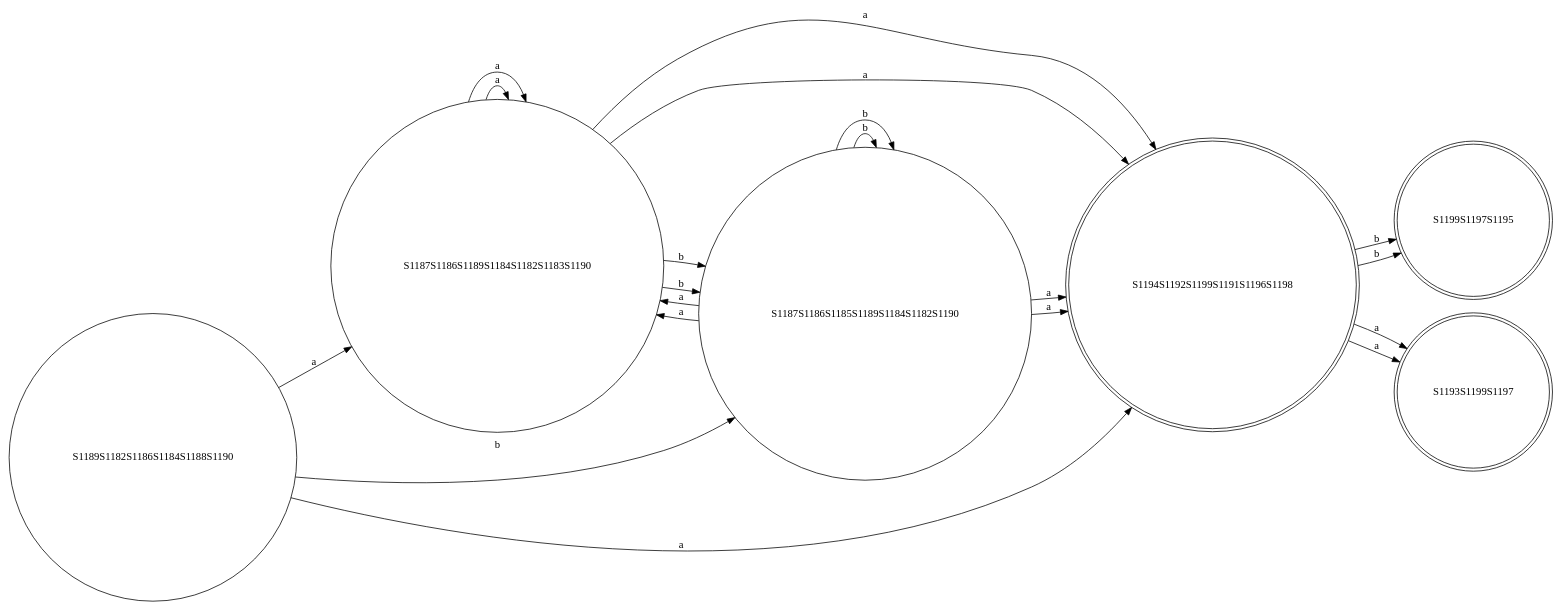
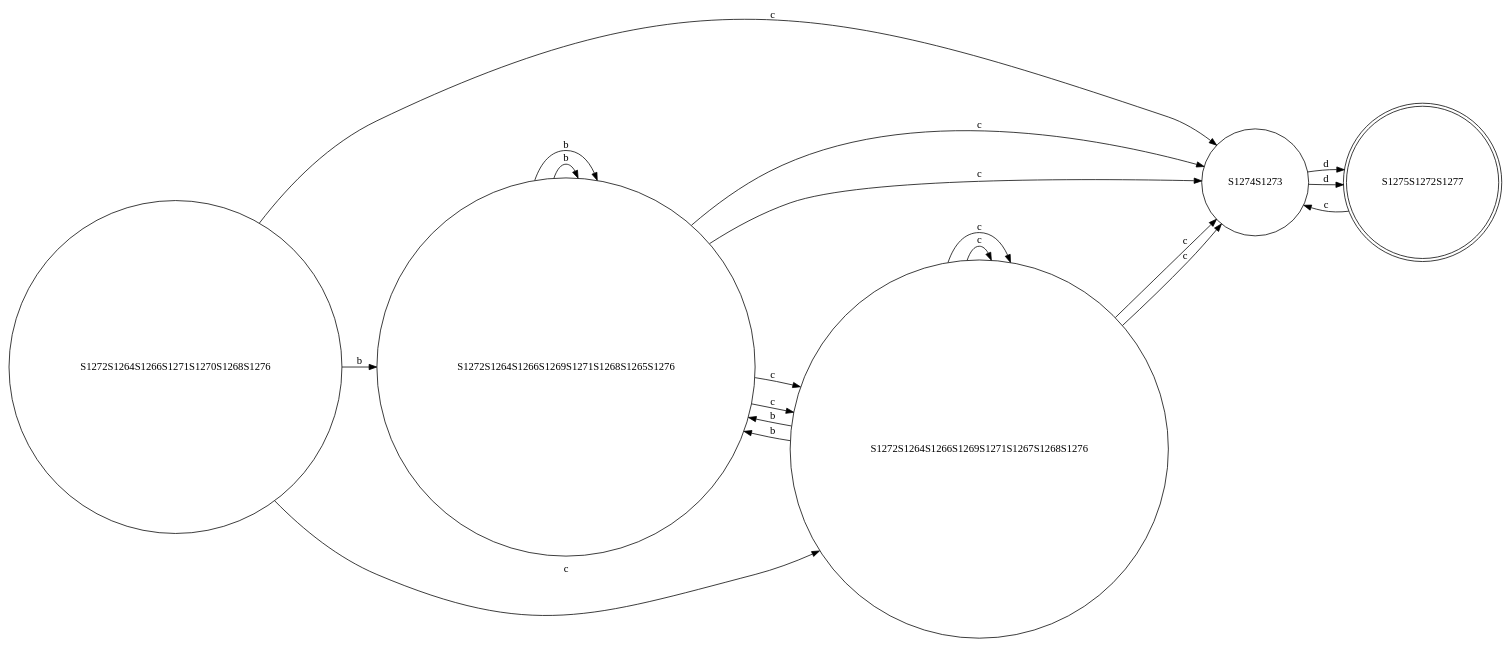
Before and after one commit to abdelazizSalah/RegExp_NFA_DFA_DFAMinimization: the diagram in finalCode/test-output/DFA.gv, drawn with Graphviz. The commit also changed 6 other files, not shown here.

```diff
--- a/finalCode/test-output/DFA.gv
+++ b/finalCode/test-output/DFA.gv
@@ -1,32 +1,30 @@
 // DFA graph
 digraph {
 	graph [rankdir=LR]
-	S1189S1182S1186S1184S1188S1190 [label=S1189S1182S1186S1184S1188S1190 shape=circle]
-	S1189S1182S1186S1184S1188S1190 -> S1187S1186S1189S1184S1182S1183S1190 [label=a]
-	S1189S1182S1186S1184S1188S1190 -> S1187S1186S1185S1189S1184S1182S1190 [label=b]
-	S1189S1182S1186S1184S1188S1190 -> S1194S1192S1199S1191S1196S1198 [label=a]
-	S1187S1186S1189S1184S1182S1183S1190 [label=S1187S1186S1189S1184S1182S1183S1190 shape=circle]
-	S1187S1186S1189S1184S1182S1183S1190 -> S1187S1186S1185S1189S1184S1182S1190 [label=b]
-	S1187S1186S1189S1184S1182S1183S1190 -> S1187S1186S1189S1184S1182S1183S1190 [label=a]
-	S1187S1186S1189S1184S1182S1183S1190 -> S1194S1192S1199S1191S1196S1198 [label=a]
-	S1187S1186S1185S1189S1184S1182S1190 [label=S1187S1186S1185S1189S1184S1182S1190 shape=circle]
-	S1187S1186S1185S1189S1184S1182S1190 -> S1187S1186S1185S1189S1184S1182S1190 [label=b]
-	S1187S1186S1185S1189S1184S1182S1190 -> S1187S1186S1189S1184S1182S1183S1190 [label=a]
-	S1187S1186S1185S1189S1184S1182S1190 -> S1194S1192S1199S1191S1196S1198 [label=a]
-	S1194S1192S1199S1191S1196S1198 [label=S1194S1192S1199S1191S1196S1198 shape=doublecircle]
-	S1194S1192S1199S1191S1196S1198 -> S1199S1197S1195 [label=b]
-	S1194S1192S1199S1191S1196S1198 -> S1193S1199S1197 [label=a]
-	S1187S1186S1185S1189S1184S1182S1190 [label=S1187S1186S1185S1189S1184S1182S1190 shape=circle]
-	S1187S1186S1185S1189S1184S1182S1190 -> S1187S1186S1185S1189S1184S1182S1190 [label=b]
-	S1187S1186S1185S1189S1184S1182S1190 -> S1187S1186S1189S1184S1182S1183S1190 [label=a]
-	S1187S1186S1185S1189S1184S1182S1190 -> S1194S1192S1199S1191S1196S1198 [label=a]
-	S1187S1186S1189S1184S1182S1183S1190 [label=S1187S1186S1189S1184S1182S1183S1190 shape=circle]
-	S1187S1186S1189S1184S1182S1183S1190 -> S1187S1186S1185S1189S1184S1182S1190 [label=b]
-	S1187S1186S1189S1184S1182S1183S1190 -> S1187S1186S1189S1184S1182S1183S1190 [label=a]
-	S1187S1186S1189S1184S1182S1183S1190 -> S1194S1192S1199S1191S1196S1198 [label=a]
-	S1194S1192S1199S1191S1196S1198 [label=S1194S1192S1199S1191S1196S1198 shape=doublecircle]
-	S1194S1192S1199S1191S1196S1198 -> S1199S1197S1195 [label=b]
-	S1194S1192S1199S1191S1196S1198 -> S1193S1199S1197 [label=a]
-	S1199S1197S1195 [label=S1199S1197S1195 shape=doublecircle]
-	S1193S1199S1197 [label=S1193S1199S1197 shape=doublecircle]
+	S1272S1264S1266S1271S1270S1268S1276 [label=S1272S1264S1266S1271S1270S1268S1276 shape=circle]
+	S1272S1264S1266S1271S1270S1268S1276 -> S1274S1273 [label=c]
+	S1272S1264S1266S1271S1270S1268S1276 -> S1272S1264S1266S1269S1271S1268S1265S1276 [label=b]
+	S1272S1264S1266S1271S1270S1268S1276 -> S1272S1264S1266S1269S1271S1267S1268S1276 [label=c]
+	S1274S1273 [label=S1274S1273 shape=circle]
+	S1274S1273 -> S1275S1272S1277 [label=d]
+	S1272S1264S1266S1269S1271S1268S1265S1276 [label=S1272S1264S1266S1269S1271S1268S1265S1276 shape=circle]
+	S1272S1264S1266S1269S1271S1268S1265S1276 -> S1274S1273 [label=c]
+	S1272S1264S1266S1269S1271S1268S1265S1276 -> S1272S1264S1266S1269S1271S1268S1265S1276 [label=b]
+	S1272S1264S1266S1269S1271S1268S1265S1276 -> S1272S1264S1266S1269S1271S1267S1268S1276 [label=c]
+	S1272S1264S1266S1269S1271S1267S1268S1276 [label=S1272S1264S1266S1269S1271S1267S1268S1276 shape=circle]
+	S1272S1264S1266S1269S1271S1267S1268S1276 -> S1274S1273 [label=c]
+	S1272S1264S1266S1269S1271S1267S1268S1276 -> S1272S1264S1266S1269S1271S1268S1265S1276 [label=b]
+	S1272S1264S1266S1269S1271S1267S1268S1276 -> S1272S1264S1266S1269S1271S1267S1268S1276 [label=c]
+	S1275S1272S1277 [label=S1275S1272S1277 shape=doublecircle]
+	S1275S1272S1277 -> S1274S1273 [label=c]
+	S1274S1273 [label=S1274S1273 shape=circle]
+	S1274S1273 -> S1275S1272S1277 [label=d]
+	S1272S1264S1266S1269S1271S1268S1265S1276 [label=S1272S1264S1266S1269S1271S1268S1265S1276 shape=circle]
+	S1272S1264S1266S1269S1271S1268S1265S1276 -> S1274S1273 [label=c]
+	S1272S1264S1266S1269S1271S1268S1265S1276 -> S1272S1264S1266S1269S1271S1268S1265S1276 [label=b]
+	S1272S1264S1266S1269S1271S1268S1265S1276 -> S1272S1264S1266S1269S1271S1267S1268S1276 [label=c]
+	S1272S1264S1266S1269S1271S1267S1268S1276 [label=S1272S1264S1266S1269S1271S1267S1268S1276 shape=circle]
+	S1272S1264S1266S1269S1271S1267S1268S1276 -> S1274S1273 [label=c]
+	S1272S1264S1266S1269S1271S1267S1268S1276 -> S1272S1264S1266S1269S1271S1268S1265S1276 [label=b]
+	S1272S1264S1266S1269S1271S1267S1268S1276 -> S1272S1264S1266S1269S1271S1267S1268S1276 [label=c]
 }
```
